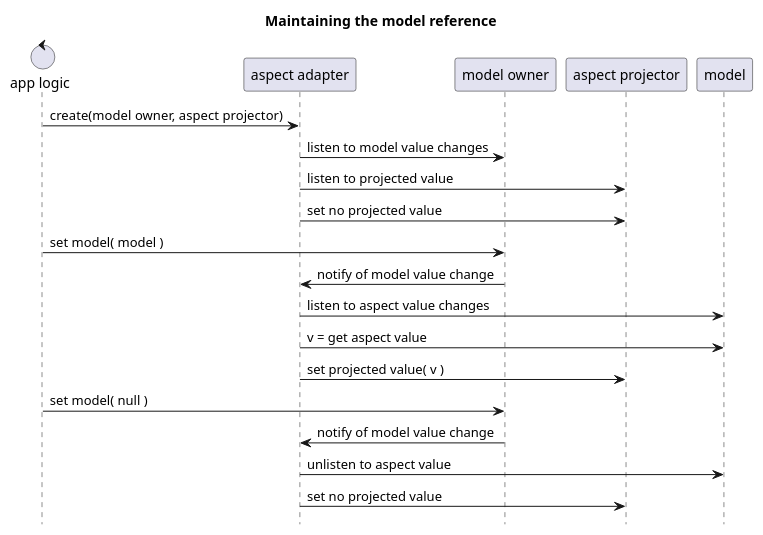
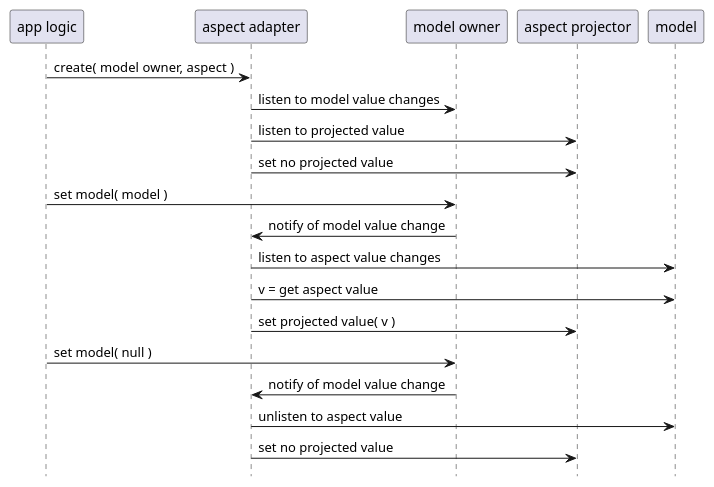
The second of 8 diagrams in gh-pages/src/main/asciidoc/index.adoc (goranstack/esox), drawn with PlantUML before and after one commit. The commit also changed other lines of this file and 3 other files, not shown here.

```diff
--- a/gh-pages/src/main/asciidoc/index.adoc
+++ b/gh-pages/src/main/asciidoc/index.adoc
@@ -64,24 +65,26 @@
 [plantuml, model-reference, svg]
 ....
 @startuml
+participant "app logic"
+
 
 hide footbox
-title Maintaining the model reference
 
 control "app logic"
 
-"app logic" -> "aspect adapter" : create(model owner, aspect projector)
+
+"app logic" -> "aspect adapter" : create( model owner, aspect )
 "aspect adapter" -> "model owner" : listen to model value changes
 "aspect adapter" -> "aspect projector" : listen to projected value
 "aspect adapter" -> "aspect projector" : set no projected value
 "app logic" -> "model owner" : set model( model )
 "model owner" -> "aspect adapter" : notify of model value change
 "aspect adapter" -> model : listen to aspect value changes
 "aspect adapter" -> model : v = get aspect value
 "aspect adapter" -> "aspect projector": set projected value( v )
 "app logic" -> "model owner" : set model( null )
 "model owner" -> "aspect adapter" : notify of model value change
 "aspect adapter" -> model : unlisten to aspect value
 "aspect adapter" -> "aspect projector" : set no projected value
 @enduml
 ....
```
